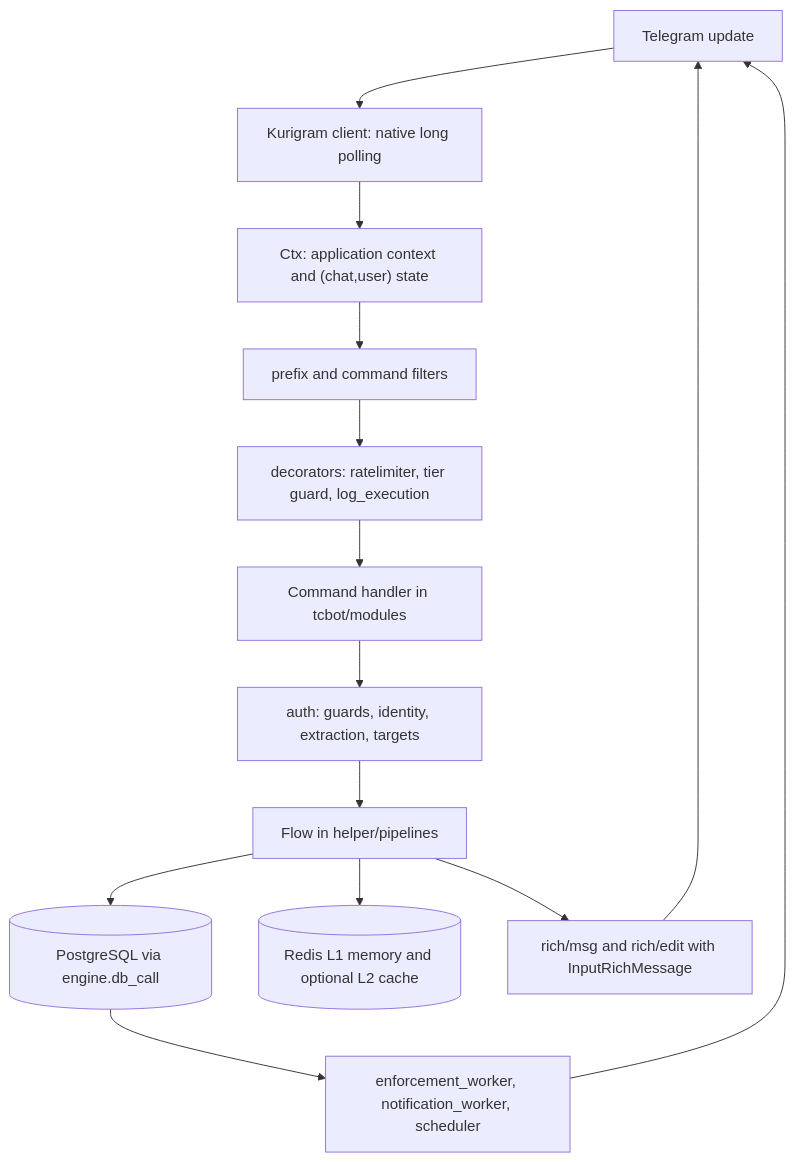
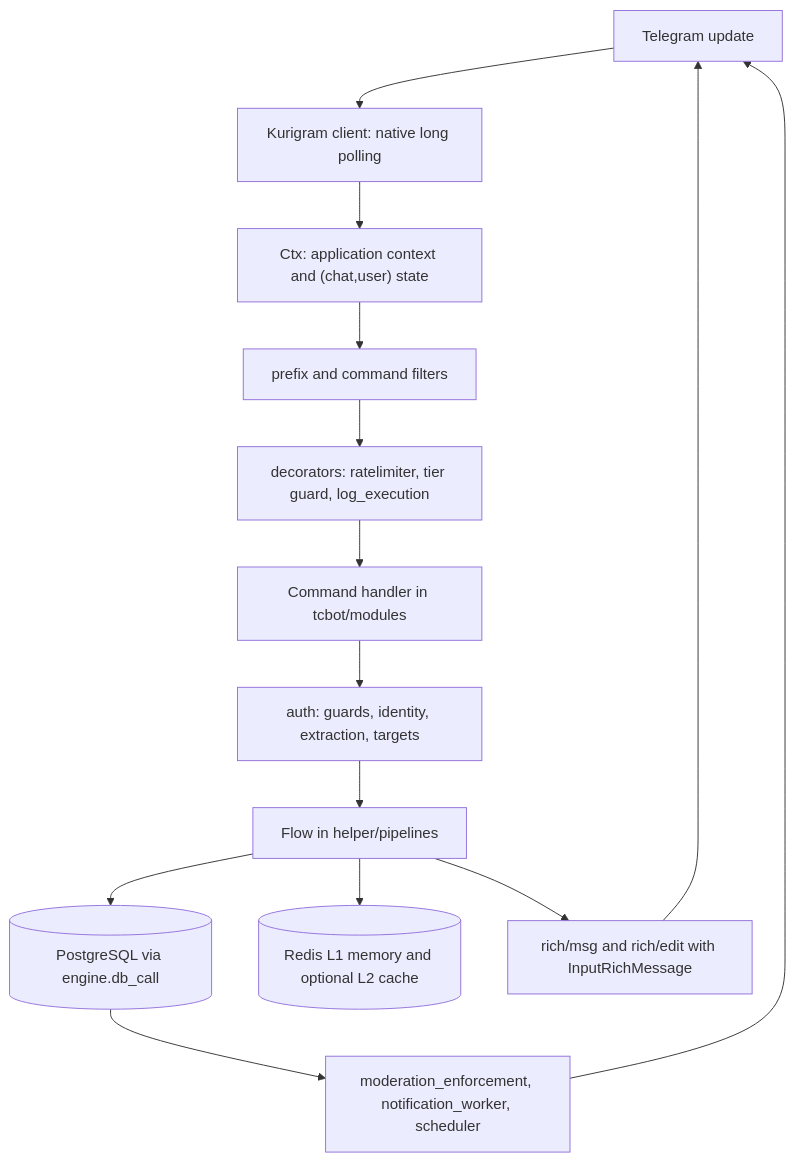
One commit to D1ZZY4/tcbot changed the first of 4 diagrams in docs/flows/system.md. Above: the diagram before and after it, drawn with Mermaid. The commit also changed 24 other files, not shown here.

````diff
--- a/docs/flows/system.md
+++ b/docs/flows/system.md
@@ -16,16 +16,16 @@
 ```mermaid
 flowchart TD
     U[Telegram update] --> KUR["Kurigram client: native long polling"]
     KUR --> CTX["Ctx: application context and (chat,user) state"]
     CTX --> FILT["prefix and command filters"]
     FILT --> DEC["decorators: ratelimiter, tier guard, log_execution"]
     DEC --> CMD["Command handler in tcbot/modules"]
     CMD --> GATE["auth: guards, identity, extraction, targets"]
     GATE --> FLOW["Flow in helper/pipelines"]
     FLOW --> DB[("PostgreSQL via engine.db_call")]
     FLOW --> CACHE[("Redis L1 memory and optional L2 cache")]
     FLOW --> RICH["rich/msg and rich/edit with InputRichMessage"]
     RICH --> U
-    DB --> WK["enforcement_worker, notification_worker, scheduler"]
+    DB --> WK["moderation_enforcement, notification_worker, scheduler"]
     WK --> U
 ```
````
